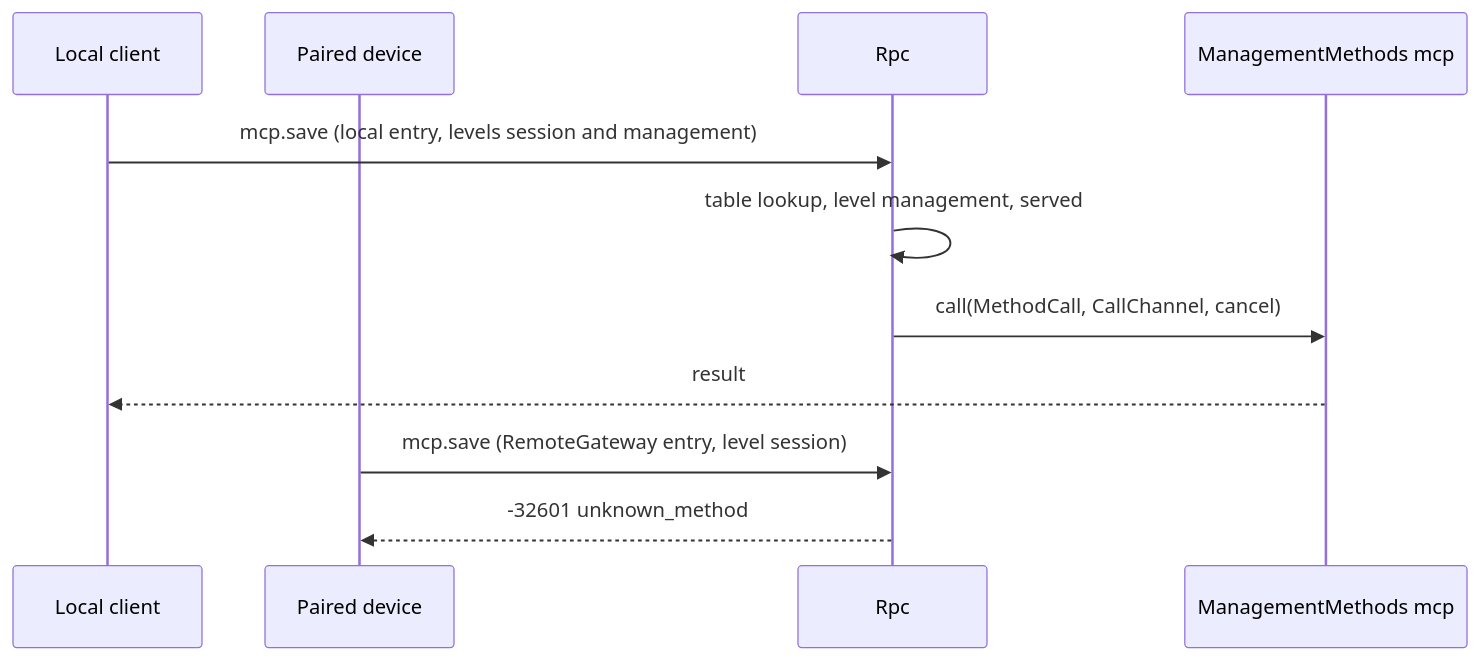
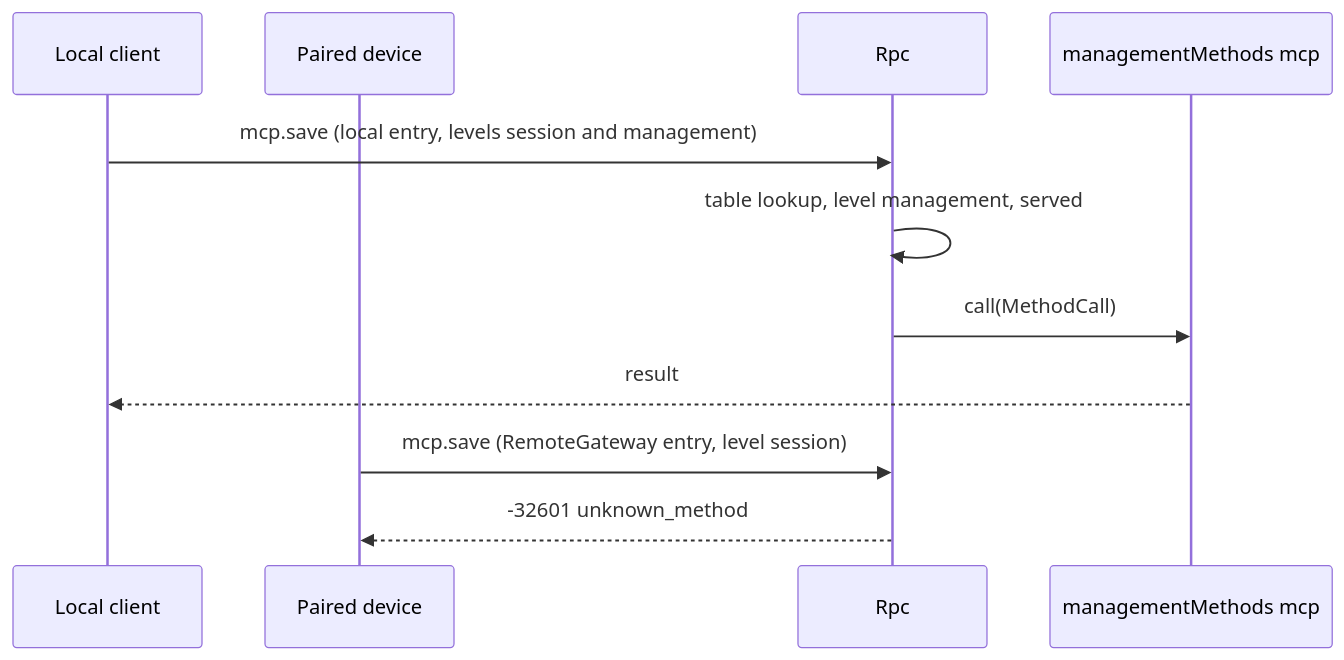
Before and after one commit to CoutinhoTTS/dim-agent: the third of 5 diagrams in docs/design/contracts/session-boundary.md, drawn with Mermaid. The commit also changed other lines of this file and 3 other files, not shown here.

````diff
--- a/docs/design/contracts/session-boundary.md
+++ b/docs/design/contracts/session-boundary.md
@@ -88,13 +99,13 @@
 ```mermaid
 sequenceDiagram
   participant L as Local client
   participant D as Paired device
   participant R as Rpc
-  participant P as ManagementMethods mcp
+  participant P as managementMethods mcp
   L->>R: mcp.save (local entry, levels session and management)
   R->>R: table lookup, level management, served
-  R->>P: call(MethodCall, CallChannel, cancel)
+  R->>P: call(MethodCall)
   P-->>L: result
   D->>R: mcp.save (RemoteGateway entry, level session)
   R-->>D: -32601 unknown_method
 ```
````
